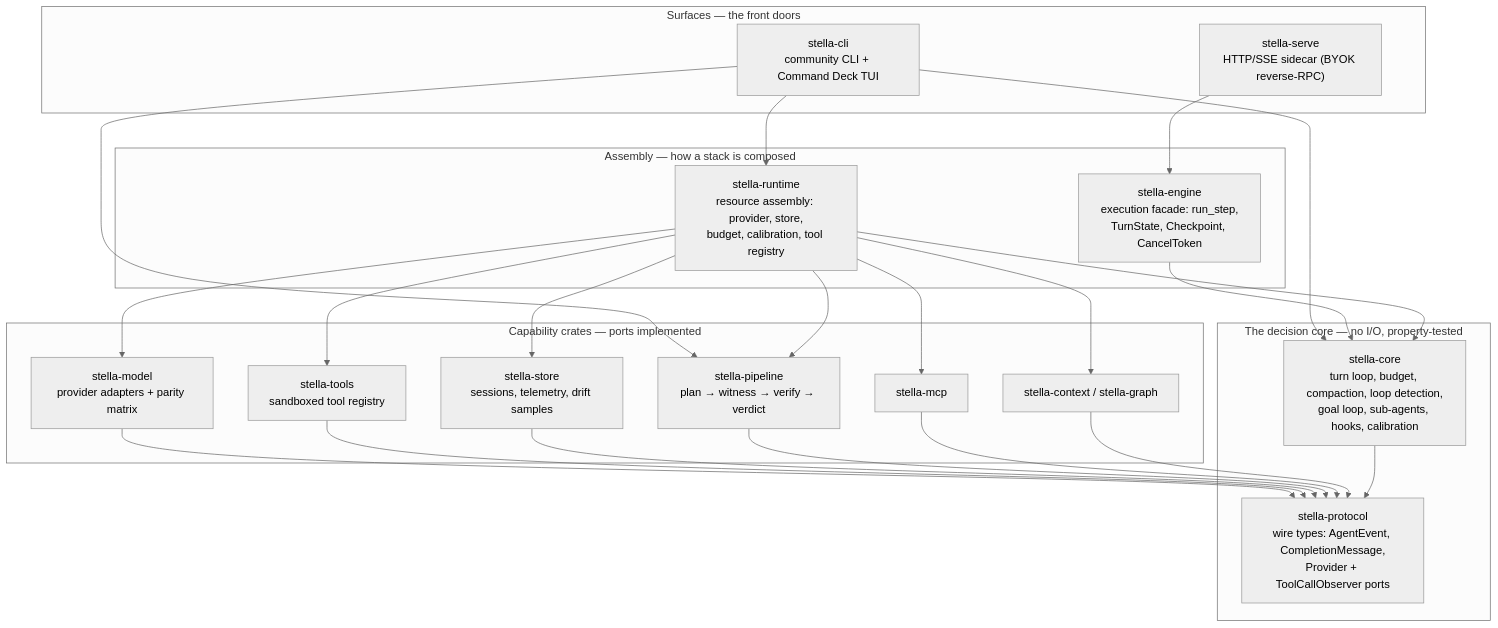
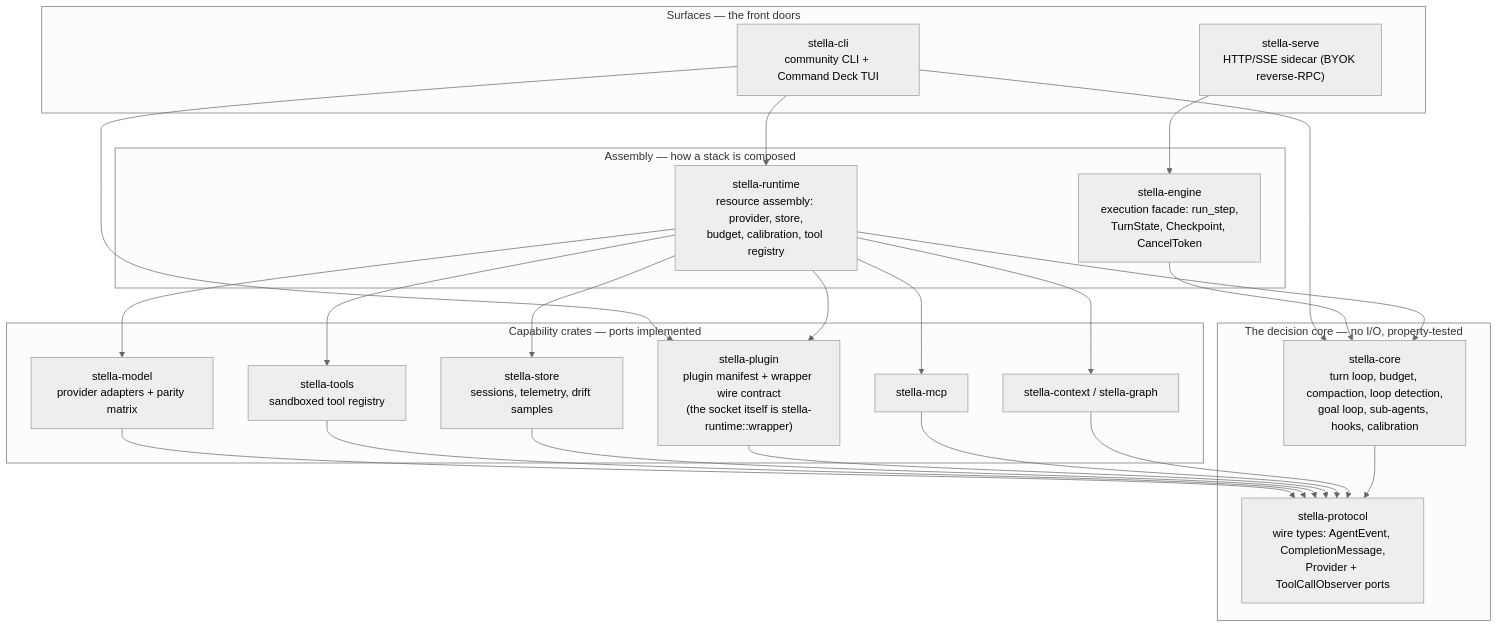
One commit to macanderson/stella changed the first of 3 diagrams in docs/spec/engine-embedding.md. Above: the diagram before and after it, drawn with Mermaid (neutral theme). The commit also changed other lines of this file and 15 other files, not shown here.

````diff
--- a/docs/spec/engine-embedding.md
+++ b/docs/spec/engine-embedding.md
@@ -44,36 +44,36 @@
 ```mermaid
 flowchart TB
     subgraph surfaces["Surfaces — the front doors"]
         CLI["stella-cli<br/>community CLI + Command Deck TUI"]
         SERVE["stella-serve<br/>HTTP/SSE sidecar (BYOK reverse-RPC)"]
     end
 
     subgraph assembly["Assembly — how a stack is composed"]
         RUNTIME["stella-runtime<br/>resource assembly: provider, store,<br/>budget, calibration, tool registry"]
         ENGINE["stella-engine<br/>execution facade: run_step,<br/>TurnState, Checkpoint, CancelToken"]
     end
 
     subgraph capability["Capability crates — ports implemented"]
         MODEL["stella-model<br/>provider adapters + parity matrix"]
         TOOLS["stella-tools<br/>sandboxed tool registry"]
         STORE["stella-store<br/>sessions, telemetry, drift samples"]
-        PIPE["stella-pipeline<br/>plan → witness → verify → verdict"]
+        PLUG["stella-plugin<br/>plugin manifest + wrapper wire contract<br/>(the socket itself is stella-runtime::wrapper)"]
         MCP["stella-mcp"]
         CTX["stella-context / stella-graph"]
     end
 
     subgraph core["The decision core — no I/O, property-tested"]
         CORE["stella-core<br/>turn loop, budget, compaction, loop detection,<br/>goal loop, sub-agents, hooks, calibration"]
         PROTO["stella-protocol<br/>wire types: AgentEvent, CompletionMessage,<br/>Provider + ToolCallObserver ports"]
     end
 
     CLI --> RUNTIME
-    CLI --> PIPE
+    CLI --> PLUG
     CLI --> CORE
     SERVE --> ENGINE
-    RUNTIME --> MODEL & TOOLS & STORE & MCP & CTX & PIPE
+    RUNTIME --> MODEL & TOOLS & STORE & MCP & CTX & PLUG
     ENGINE --> CORE
     RUNTIME --> CORE
-    MODEL & TOOLS & STORE & PIPE & MCP & CTX --> PROTO
+    MODEL & TOOLS & STORE & PLUG & MCP & CTX --> PROTO
     CORE --> PROTO
 ```
````
